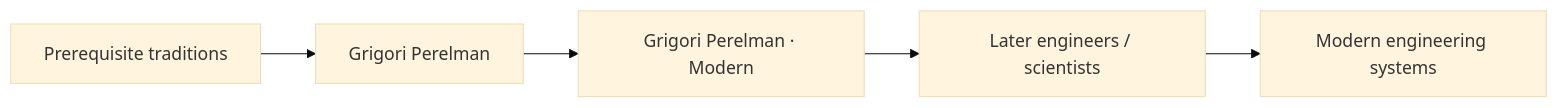
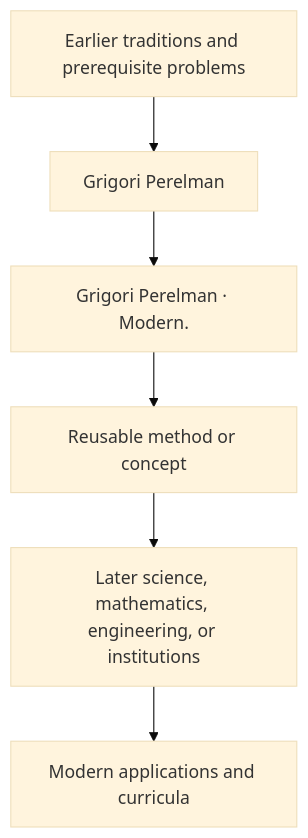
One commit to via-decide/ViaLogic changed the diagram in docs/history/grigori-perelman/influence.md. Above: the diagram before and after it, drawn with Mermaid (base theme). The commit also changed other lines of this file and 858 other files, not shown here.

````diff
--- a/docs/history/grigori-perelman/influence.md
+++ b/docs/history/grigori-perelman/influence.md
@@ -29,7 +16,8 @@
 ```mermaid
-graph LR
-  prerequisites["Prerequisite traditions"] --> current["Grigori Perelman"]
-  current --> contribution["Grigori Perelman · Modern"]
-  contribution --> successors["Later engineers / scientists"]
-  successors --> modern["Modern engineering systems"]
+graph TD
+  Prior[Earlier traditions and prerequisite problems] --> Person[Grigori Perelman]
+  Person --> Contribution[Grigori Perelman · Modern.]
+  Contribution --> Method[Reusable method or concept]
+  Method --> Later[Later science, mathematics, engineering, or institutions]
+  Later --> Modern[Modern applications and curricula]
 ```
````
